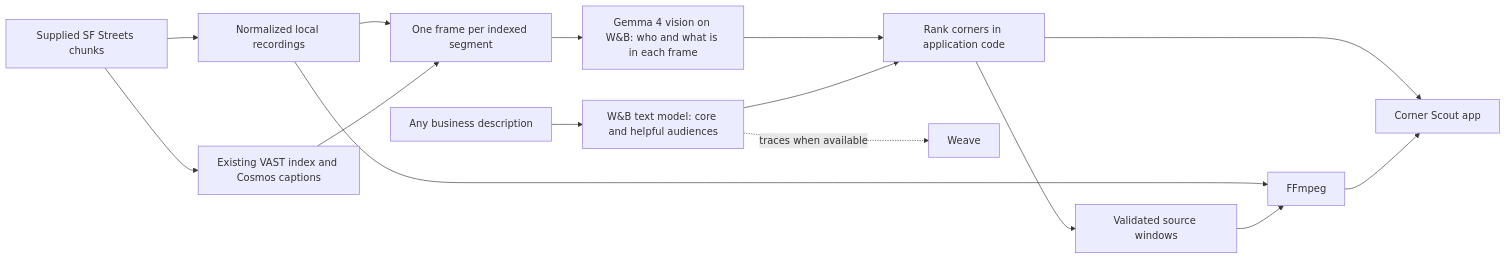
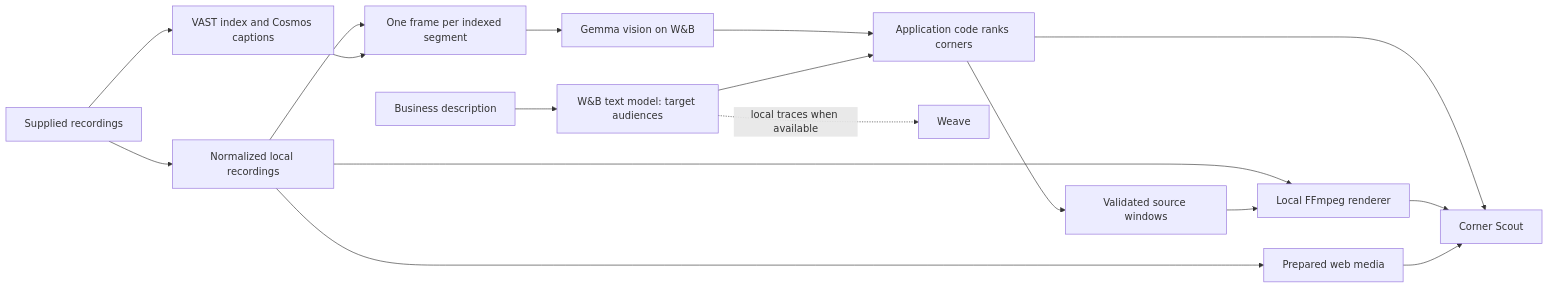
Before and after one commit to Kakoedlinnoeslovo/highlight-agent-hack: the diagram in README.md, drawn with Mermaid. The commit also changed other lines of this file and 237 other files, not shown here.

Commit message:
feat: use the full hackathon collection in Corner Scout

````diff
--- a/README.md
+++ b/README.md
@@ -278,17 +367,19 @@
 ```mermaid
 flowchart LR
-    Dataset[Supplied SF Streets chunks] --> Source[Normalized local recordings]
-    Dataset --> Index[Existing VAST index and Cosmos captions]
+    Dataset[Supplied recordings] --> Source[Normalized local recordings]
+    Dataset --> Index[VAST index and Cosmos captions]
     Source --> Frames[One frame per indexed segment]
     Index --> Frames
-    Frames --> Vision[Gemma 4 vision on W&B: who and what is in each frame]
-    Business[Any business description] --> Audience[W&B text model: core and helpful audiences]
-    Vision --> Ranking[Rank corners in application code]
+    Frames --> Vision[Gemma vision on W&B]
+    Business[Business description] --> Audience[W&B text model: target audiences]
+    Vision --> Ranking[Application code ranks corners]
     Audience --> Ranking
-    Ranking --> Plan[Validated source windows]
-    Source --> Render[FFmpeg]
-    Plan --> Render
-    Ranking --> App[Corner Scout app]
+    Ranking --> Evidence[Validated source windows]
+    Source --> Render[Local FFmpeg renderer]
+    Evidence --> Render
+    Source --> Export[Prepared web media]
+    Ranking --> App[Corner Scout]
     Render --> App
-    Audience -. traces when available .-> Weave[Weave]
+    Export --> App
+    Audience -. local traces when available .-> Weave[Weave]
 ```
````
